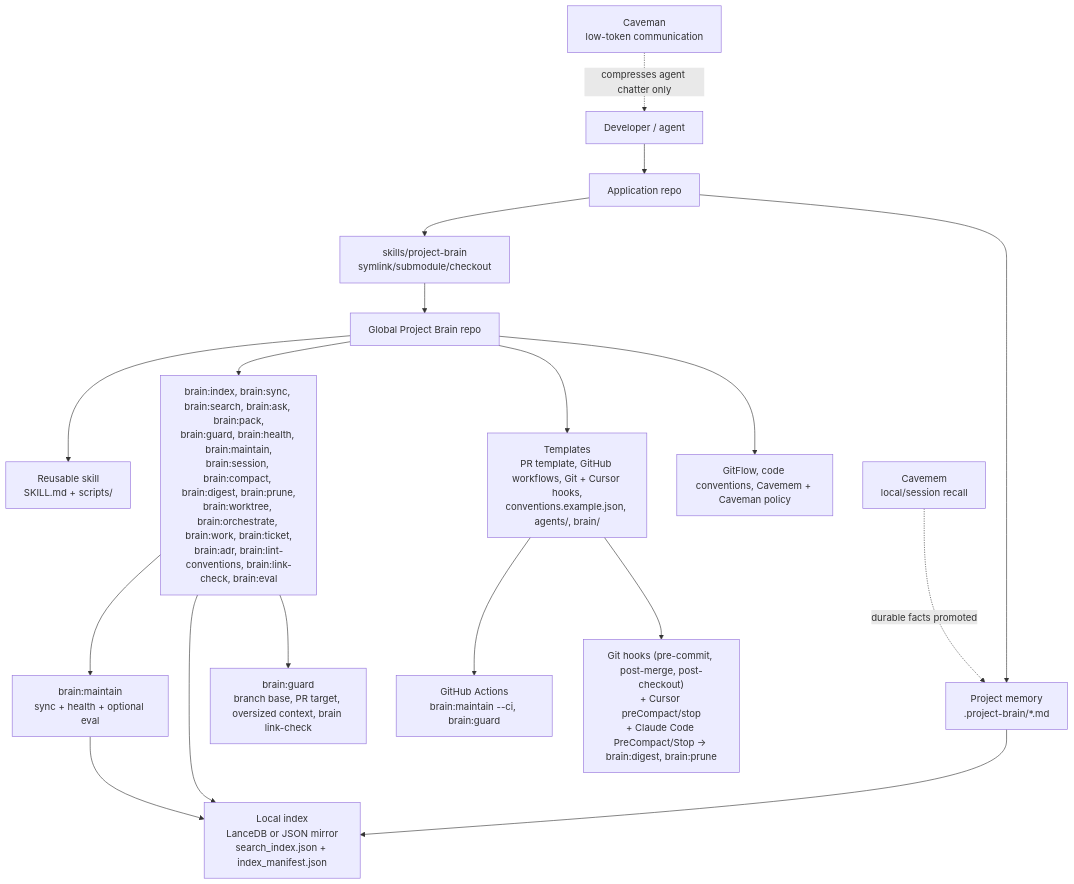
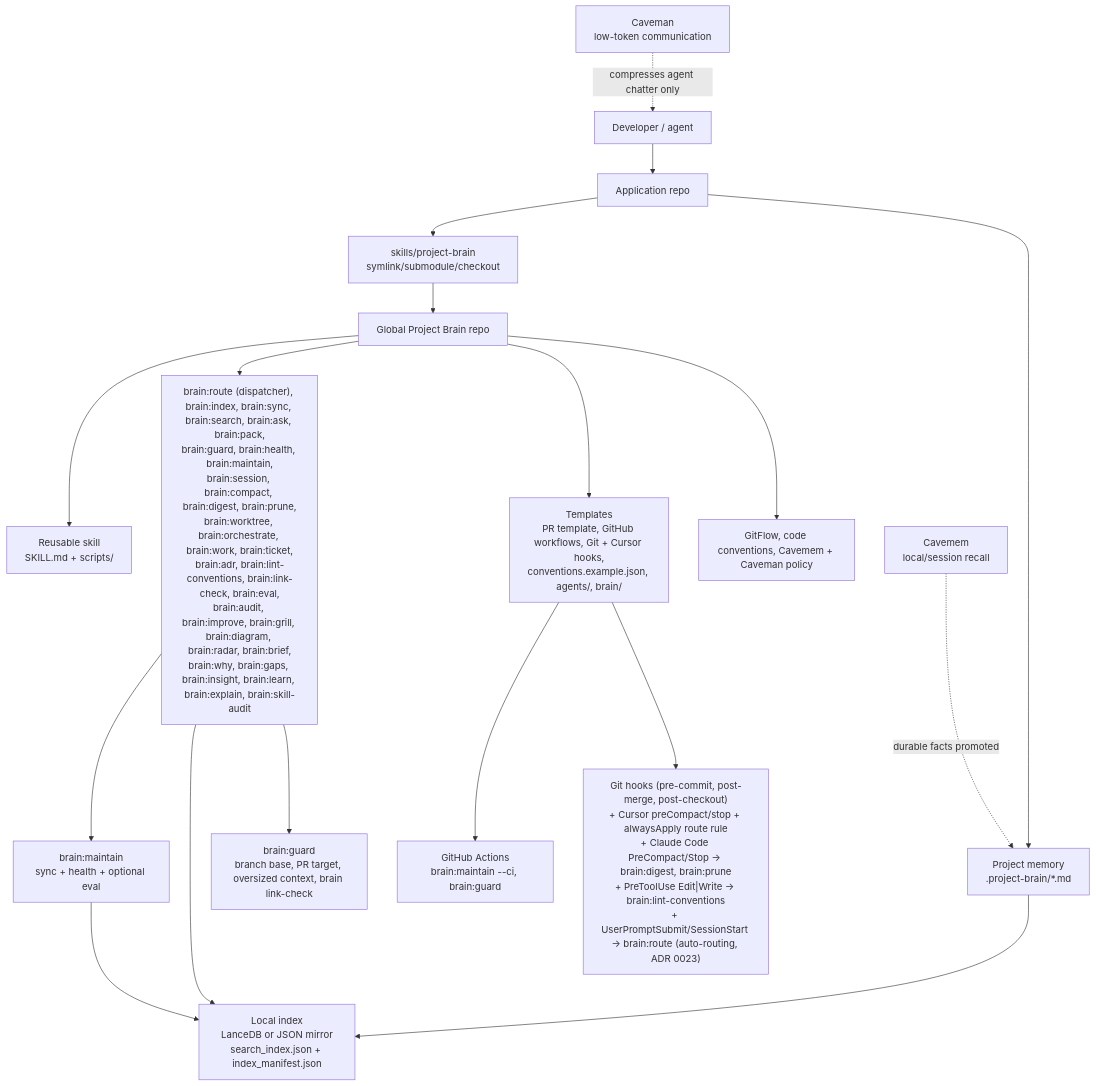
The first of 6 diagrams in docs/brain-architecture.md (nicenoize/project-brain), drawn with Mermaid before and after one commit. The commit also changed 3 other files, not shown here.

First line of the commit message:
docs(brain): reflect grill/route + auto-routing across self-docs and architecture

````diff
--- a/docs/brain-architecture.md
+++ b/docs/brain-architecture.md
@@ -5,23 +5,23 @@
 ```mermaid
 flowchart TD
   Global["Global Project Brain repo"] --> Skill["Reusable skill<br/>SKILL.md + scripts/"]
-  Global --> Scripts["brain:index, brain:sync, brain:search, brain:ask, brain:pack,<br/>brain:guard, brain:health, brain:maintain,<br/>brain:session, brain:compact, brain:digest, brain:prune,<br/>brain:worktree, brain:orchestrate, brain:work, brain:ticket,<br/>brain:adr, brain:lint-conventions, brain:link-check, brain:eval"]
+  Global --> Scripts["brain:route (dispatcher), brain:index, brain:sync, brain:search, brain:ask, brain:pack,<br/>brain:guard, brain:health, brain:maintain,<br/>brain:session, brain:compact, brain:digest, brain:prune,<br/>brain:worktree, brain:orchestrate, brain:work, brain:ticket,<br/>brain:adr, brain:lint-conventions, brain:link-check, brain:eval,<br/>brain:audit, brain:improve, brain:grill, brain:diagram, brain:radar, brain:brief,<br/>brain:why, brain:gaps, brain:insight, brain:learn, brain:explain, brain:skill-audit"]
   Global --> Templates["Templates<br/>PR template, GitHub workflows, Git + Cursor hooks,<br/>conventions.example.json, agents/, brain/"]
   Global --> Conventions["GitFlow, code conventions, Cavemem + Caveman policy"]
 
   App["Application repo"] --> AppBrain["Project memory<br/>.project-brain/*.md"]
   App --> Link["skills/project-brain<br/>symlink/submodule/checkout"]
   Link --> Global
 
   AppBrain --> Index["Local index<br/>LanceDB or JSON mirror<br/>search_index.json + index_manifest.json"]
   Scripts --> Index
   Scripts --> Maintain["brain:maintain<br/>sync + health + optional eval"]
   Maintain --> Index
   Scripts --> Guard["brain:guard<br/>branch base, PR target, oversized context, brain link-check"]
   Templates --> CI["GitHub Actions<br/>brain:maintain --ci, brain:guard"]
-  Templates --> Hooks["Git hooks (pre-commit, post-merge, post-checkout)<br/>+ Cursor preCompact/stop<br/>+ Claude Code PreCompact/Stop → brain:digest, brain:prune"]
+  Templates --> Hooks["Git hooks (pre-commit, post-merge, post-checkout)<br/>+ Cursor preCompact/stop + alwaysApply route rule<br/>+ Claude Code PreCompact/Stop → brain:digest, brain:prune<br/>+ PreToolUse Edit|Write → brain:lint-conventions<br/>+ UserPromptSubmit/SessionStart → brain:route (auto-routing, ADR 0023)"]
 
   Dev["Developer / agent"] --> App
   Cavemem["Cavemem<br/>local/session recall"] -. "durable facts promoted" .-> AppBrain
   Caveman["Caveman<br/>low-token communication"] -. "compresses agent chatter only" .-> Dev
 ```
````
